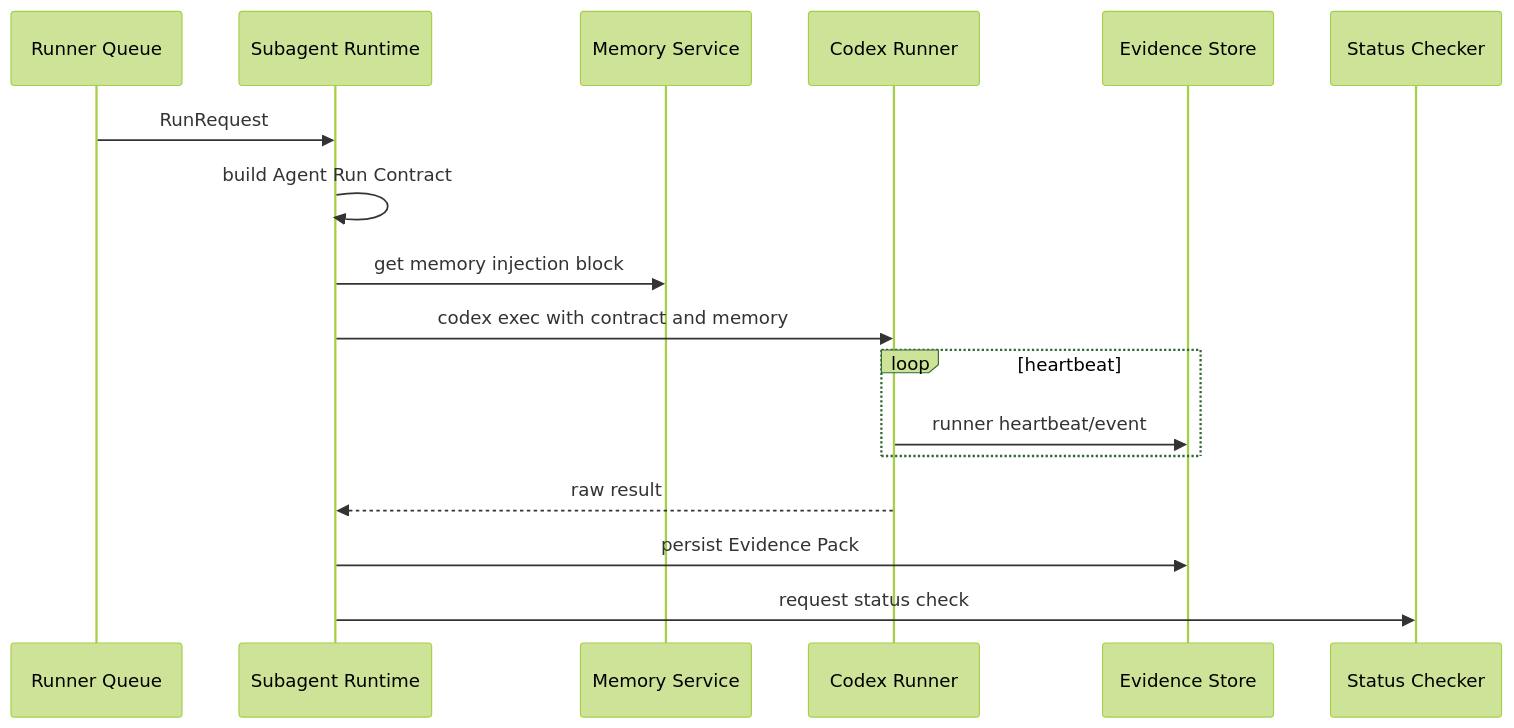
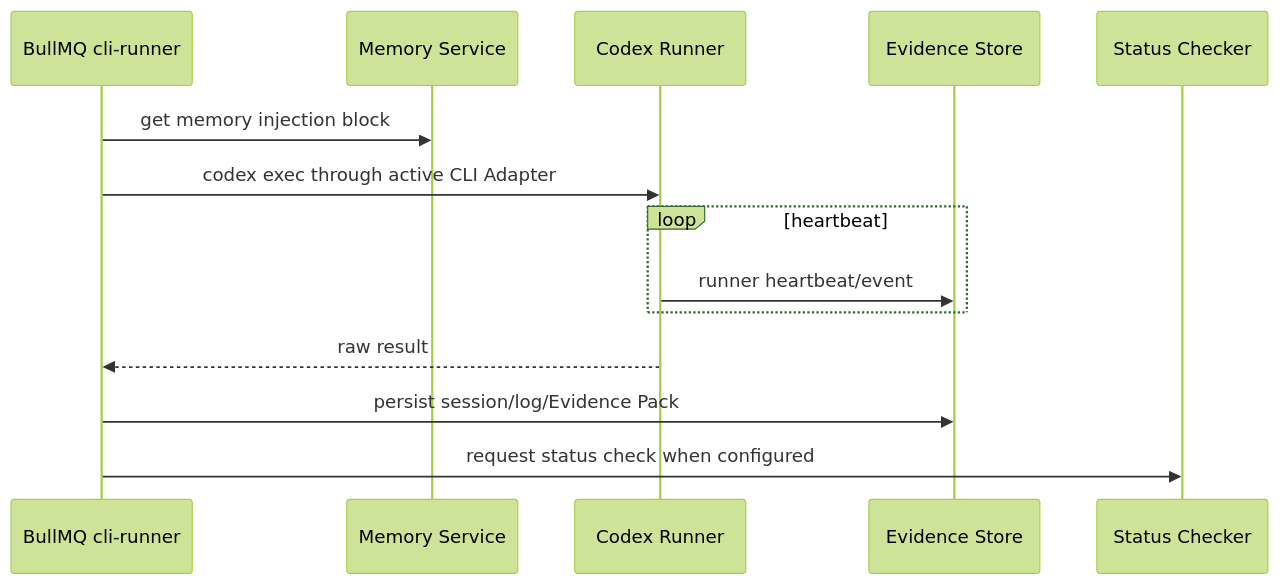
Before and after one commit to songcojp/Spec-Driven-Autonomous-Coding-System: the sixth of 13 diagrams in docs/zh-CN/design.md, drawn with Mermaid (forest theme). The commit also changed other lines of this file and 30 other files, not shown here.

````diff
--- a/docs/zh-CN/design.md
+++ b/docs/zh-CN/design.md
@@ -1206,20 +1207,17 @@
 ```mermaid
 sequenceDiagram
-  participant Q as Runner Queue
-  participant SR as Subagent Runtime
+  participant Q as BullMQ cli-runner
   participant M as Memory Service
   participant C as Codex Runner
   participant E as Evidence Store
   participant SC as Status Checker
 
-  Q->>SR: RunRequest
-  SR->>SR: build Agent Run Contract
-  SR->>M: get memory injection block
-  SR->>C: codex exec with contract and memory
+  Q->>M: get memory injection block
+  Q->>C: codex exec through active CLI Adapter
   loop heartbeat
     C->>E: runner heartbeat/event
   end
-  C-->>SR: raw result
-  SR->>E: persist Evidence Pack
-  SR->>SC: request status check
+  C-->>Q: raw result
+  Q->>E: persist session/log/Evidence Pack
+  Q->>SC: request status check when configured
 ```
````
